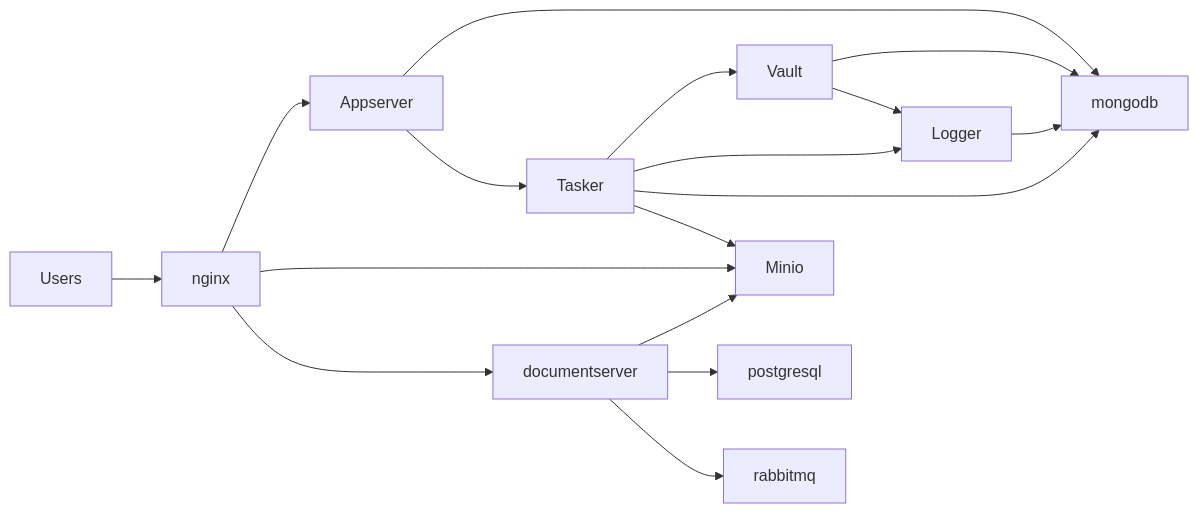
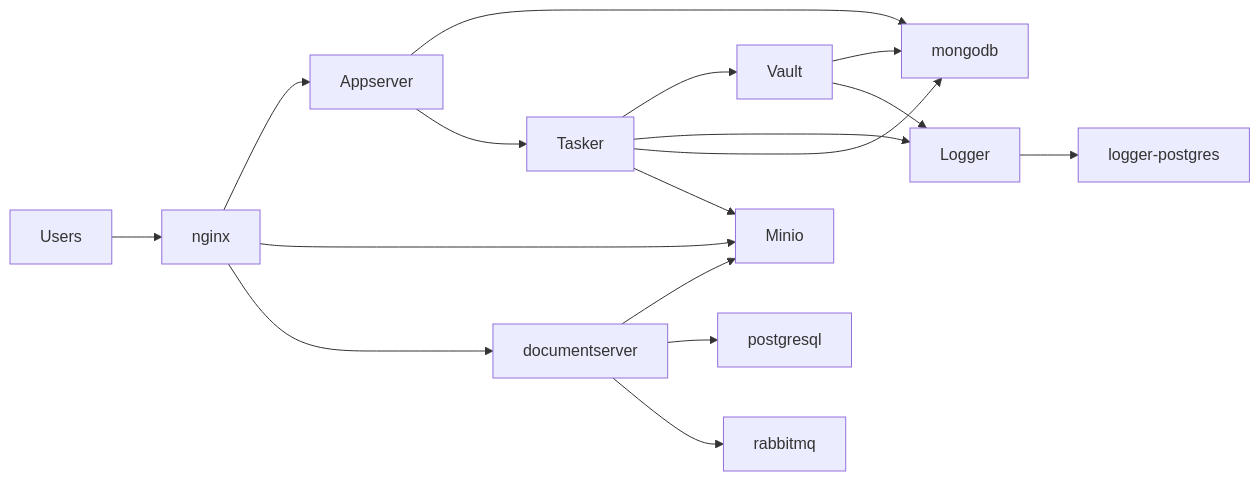
The diagram in README.md (unicommorg/unicchat.enterprise), drawn with Mermaid before and after one commit. The commit also changed other lines of this file and 14 other files, not shown here.

First line of the commit message:
docs: синхронизировать README с compose: logger Postgres, nginx-config-init, роли

````diff
--- a/README.md
+++ b/README.md
@@ -132,19 +132,19 @@
 ```mermaid
 flowchart LR
   Users[Users] --> Nginx[nginx]
   Nginx --> Appserver
   Nginx --> Minio
   Nginx --> Docs[documentserver]
   Appserver --> Mongo[mongodb]
   Appserver --> Tasker
   Tasker --> Vault
   Tasker --> Logger
   Tasker --> Mongo
   Tasker --> Minio
   Docs --> Minio
   Docs --> Pg[postgresql]
   Docs --> Rabbit[rabbitmq]
   Vault --> Mongo
   Vault --> Logger
-  Logger --> Mongo
+  Logger --> LoggerPg[logger-postgres]
 ```
````
